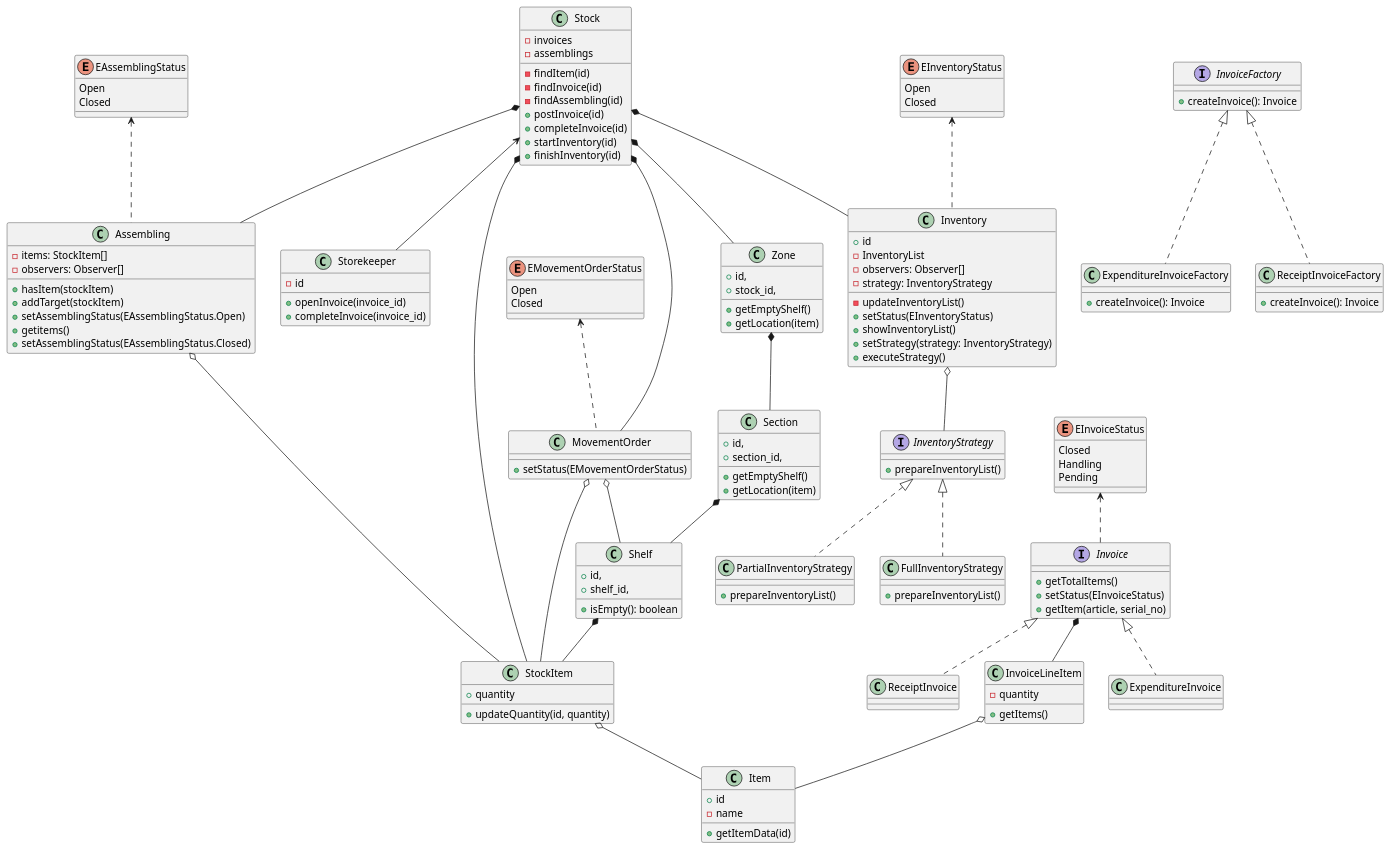
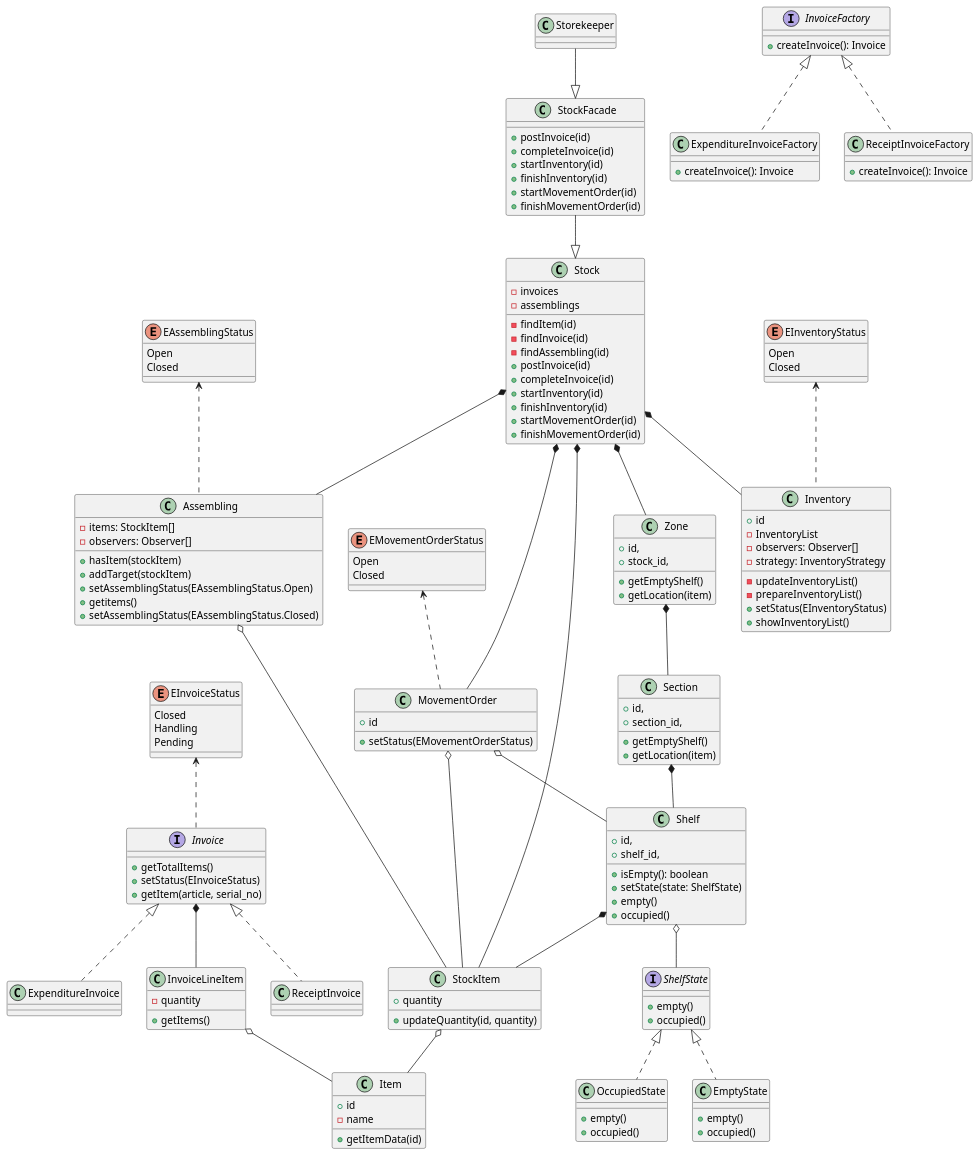
Before and after one commit to penamarth/bsbo-02-21_team5_var6_sklad: the diagram in warehouse/диаграмма_классов.md, drawn with PlantUML.

Commit message:
update classes diagram

```diff
--- a/warehouse/диаграмма_классов.md
+++ b/warehouse/диаграмма_классов.md
@@ -10,9 +10,12 @@
   +completeInvoice(id)
   +startInventory(id)
   +finishInventory(id)
+  +startMovementOrder(id)
+  +finishMovementOrder(id)
 }
 
 class MovementOrder {
+  +id
   +setStatus(EMovementOrderStatus)
 }
 
@@ -50,6 +53,24 @@
   +id,
   +shelf_id,
   +isEmpty(): boolean
+  +setState(state: ShelfState)
+  +empty()
+  +occupied()
+}
+
+interface ShelfState {
+  +empty()
+  +occupied()
+}
+
+class EmptyState implements ShelfState {
+  +empty()
+  +occupied()
+}
+
+class OccupiedState implements ShelfState {
+  +empty()
+  +occupied()
 }
 
 enum EInvoiceStatus {
@@ -74,15 +95,14 @@
 }
 
 class Storekeeper {
-  -id
-  +openInvoice(invoice_id)
-  +completeInvoice(invoice_id)
+
 }
 
 enum EAssemblingStatus {
   Open
   Closed
 }
+
 class Assembling {
   -items: StockItem[]
   -observers: Observer[]
@@ -104,10 +124,9 @@
   -observers: Observer[]
   -strategy: InventoryStrategy
   -updateInventoryList()
+  -prepareInventoryList()
   +setStatus(EInventoryStatus)
   +showInventoryList()
-  +setStrategy(strategy: InventoryStrategy)
-  +executeStrategy()
 }
 
 interface InvoiceFactory {
@@ -122,18 +141,17 @@
   +createInvoice(): Invoice
 }
 
-interface InventoryStrategy {
-  +prepareInventoryList()
+class StockFacade {
+  +postInvoice(id)
+  +completeInvoice(id)
+  +startInventory(id)
+  +finishInventory(id)
+  +startMovementOrder(id)
+  +finishMovementOrder(id)
 }
 
-class FullInventoryStrategy {
-  +prepareInventoryList()
-}
-
-class PartialInventoryStrategy {
-  +prepareInventoryList()
-}
-
+StockFacade --|> Stock
+Storekeeper --|> StockFacade
 Stock *-- Inventory
 Stock *-- MovementOrder
 MovementOrder o-- StockItem
@@ -147,7 +165,6 @@
 Stock *-- Zone
 Assembling o-- StockItem
 Stock *-- Assembling
-Stock <-- Storekeeper
 Stock *-- StockItem
 Invoice <|.. ExpenditureInvoice
 Invoice <|.. ReceiptInvoice
@@ -157,7 +174,7 @@
 EAssemblingStatus <.. Assembling
 InvoiceFactory <|.. ExpenditureInvoiceFactory
 InvoiceFactory <|.. ReceiptInvoiceFactory
-InventoryStrategy <|.. FullInventoryStrategy
-InventoryStrategy <|.. PartialInventoryStrategy
-Inventory o-- InventoryStrategy
+Shelf o-- ShelfState
+
+
 @enduml
```
